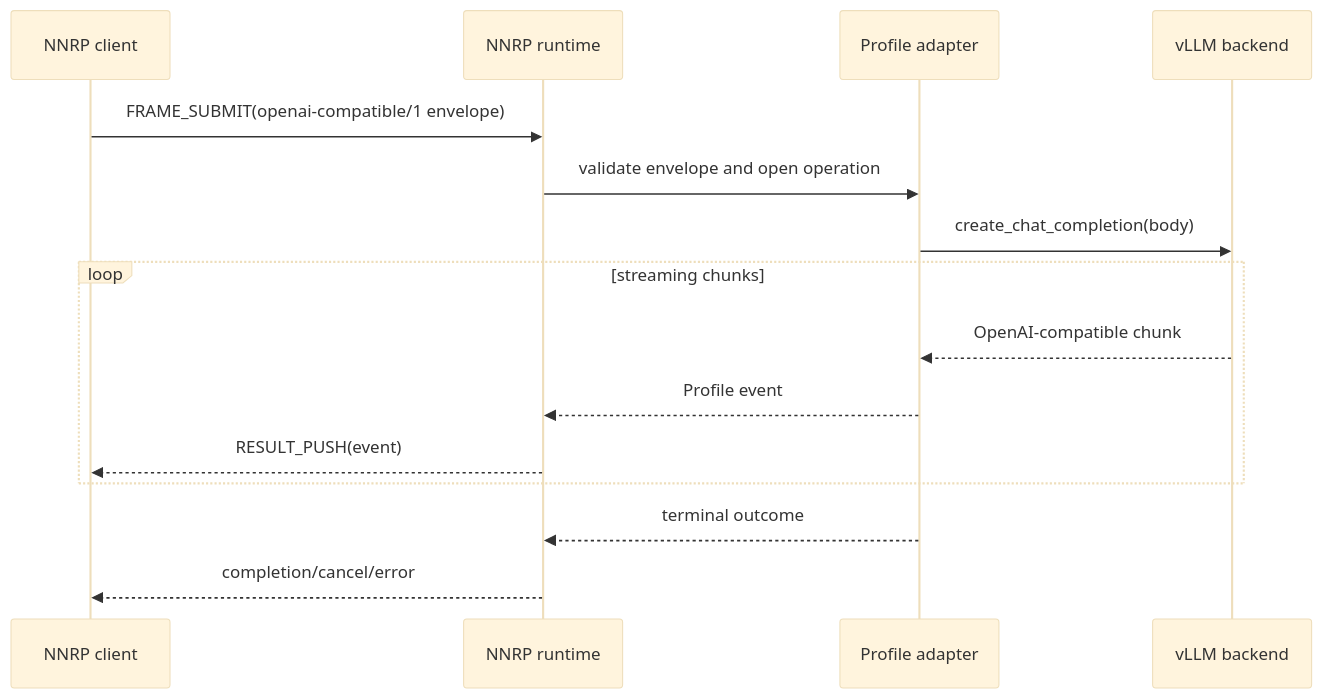
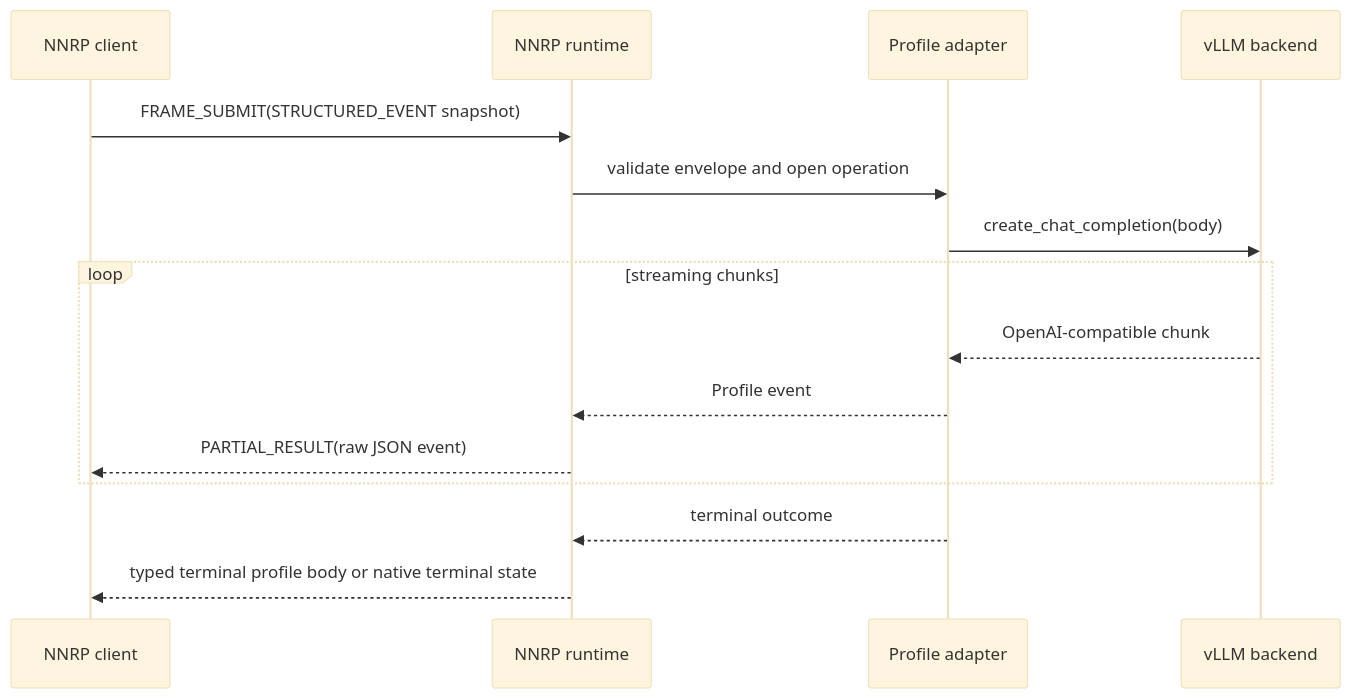
Before and after one commit to NagareWorks/nnrp-doc: the third of 4 diagrams in docs/en/design/vllm-nnrp-adapter.md, drawn with Mermaid (base theme). The commit also changed other lines of this file and 5 other files, not shown here.

````diff
--- a/docs/en/design/vllm-nnrp-adapter.md
+++ b/docs/en/design/vllm-nnrp-adapter.md
@@ -143,18 +144,18 @@
 ```mermaid
 sequenceDiagram
   participant C as NNRP client
   participant R as NNRP runtime
   participant A as Profile adapter
   participant B as vLLM backend
 
-  C->>R: FRAME_SUBMIT(openai-compatible/1 envelope)
+  C->>R: FRAME_SUBMIT(STRUCTURED_EVENT snapshot)
   R->>A: validate envelope and open operation
   A->>B: create_chat_completion(body)
   loop streaming chunks
     B-->>A: OpenAI-compatible chunk
     A-->>R: Profile event
-    R-->>C: RESULT_PUSH(event)
+    R-->>C: PARTIAL_RESULT(raw JSON event)
   end
   A-->>R: terminal outcome
-  R-->>C: completion/cancel/error
+  R-->>C: typed terminal profile body or native terminal state
 ```
````
